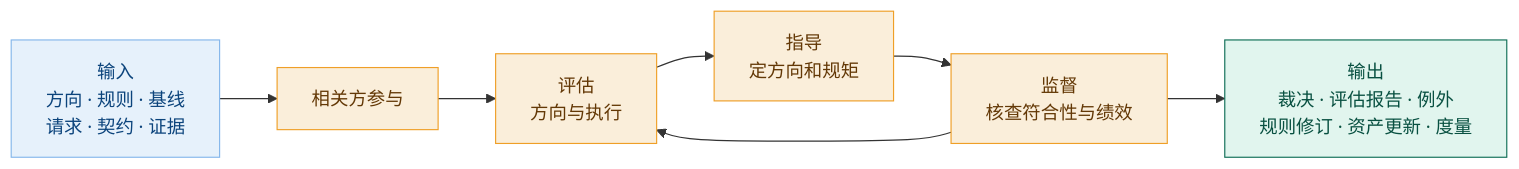
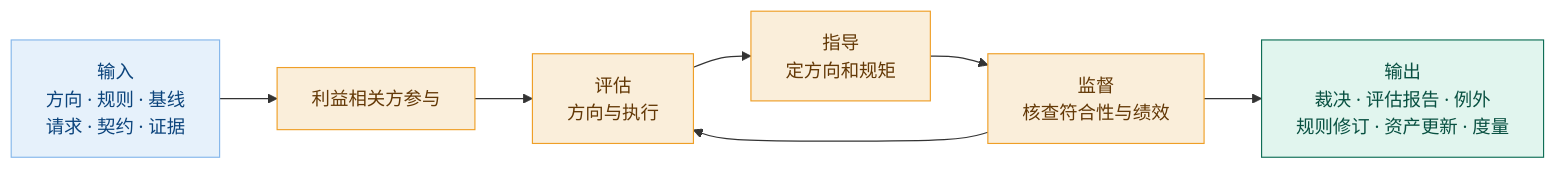
Before and after one commit to Yongjunzhou/AOS-system-design: the first of 2 diagrams in 100-subprojects/01-系统工程研究/00-系统工程相关研究报告/29-架构治理研究报告-从标准依据到责任主体.md, drawn with Mermaid. The commit also changed other lines of this file and 38 other files, not shown here.

````diff
--- a/100-subprojects/01-系统工程研究/00-系统工程相关研究报告/29-架构治理研究报告-从标准依据到责任主体.md
+++ b/100-subprojects/01-系统工程研究/00-系统工程相关研究报告/29-架构治理研究报告-从标准依据到责任主体.md
@@ -342,16 +366,16 @@
 ```mermaid
 flowchart LR
-    IN["输入<br/>方向 · 规则 · 基线<br/>请求 · 契约 · 证据"] --> P["相关方参与"]
+    IN["输入<br/>方向 · 规则 · 基线<br/>请求 · 契约 · 证据"] --> P["利益相关方参与"]
     P --> E["评估<br/>方向与执行"]
     E --> D["指导<br/>定方向和规矩"]
     D --> M["监督<br/>核查符合性与绩效"]
     M --> E
     M --> OUT["输出<br/>裁决 · 评估报告 · 例外<br/>规则修订 · 资产更新 · 度量"]
 
     style IN fill:#E6F1FB,stroke:#85B7EB,color:#0C447C
     style OUT fill:#E1F5EE,stroke:#0F6E56,color:#085041
     style P fill:#FAEEDA,stroke:#EF9F27,color:#633806
     style E fill:#FAEEDA,stroke:#EF9F27,color:#633806
     style D fill:#FAEEDA,stroke:#EF9F27,color:#633806
     style M fill:#FAEEDA,stroke:#EF9F27,color:#633806
 ```
````
